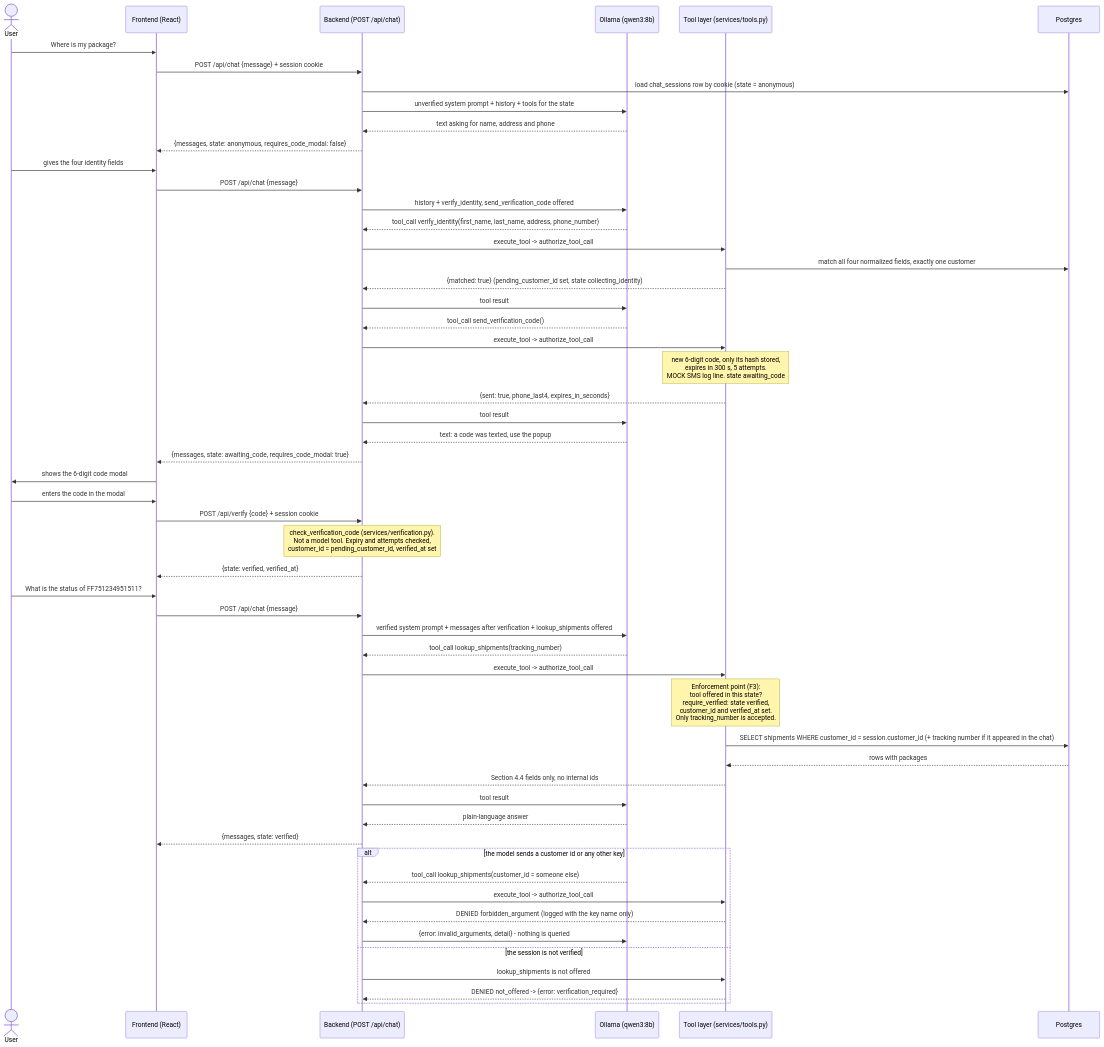
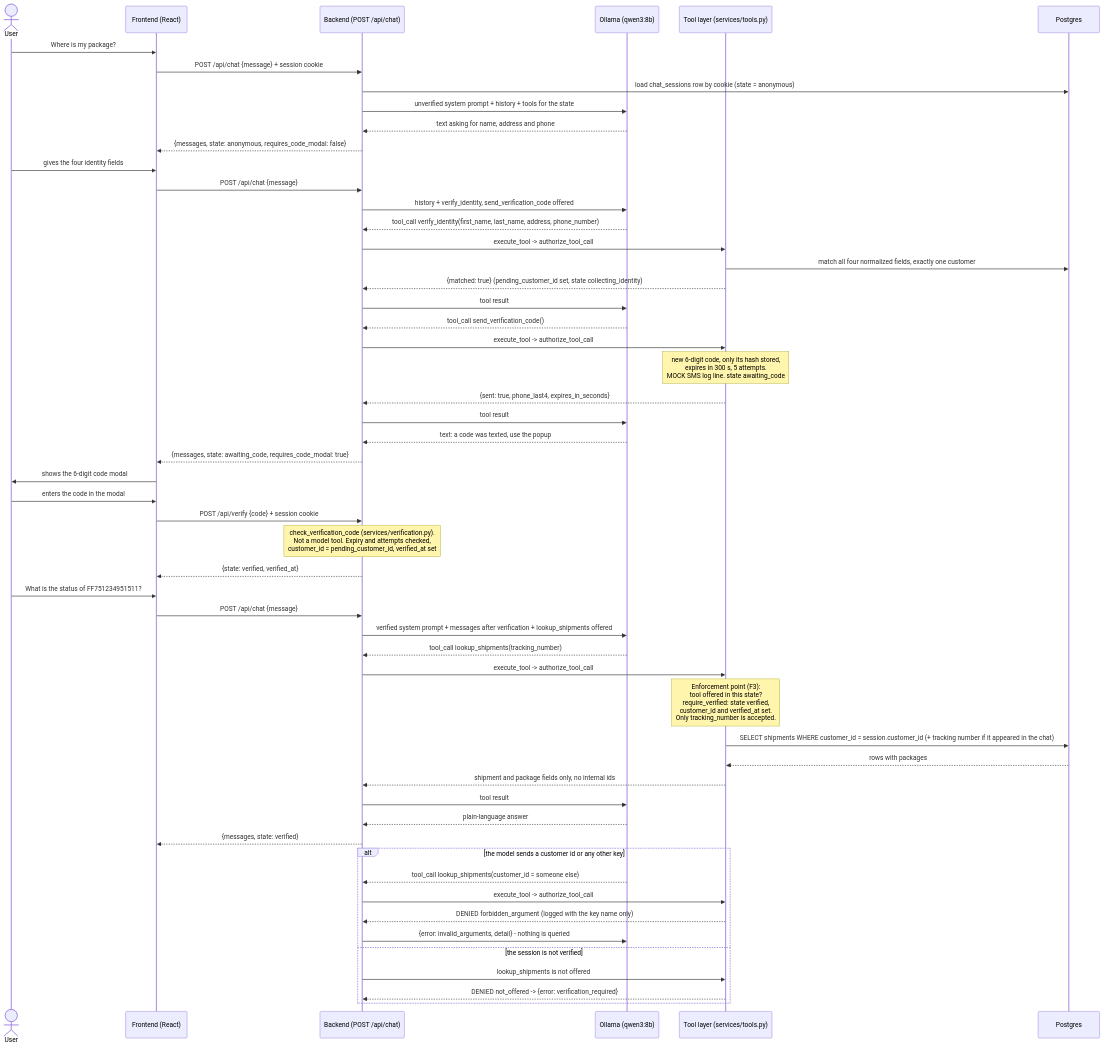
Before and after one commit to Vladimir86ns/secureship: the diagram in docs/diagrams/04-tool-calling-sequence-http.md, drawn with Mermaid. The commit also changed other lines of this file and 9 other files, not shown here.

````diff
--- a/docs/diagrams/04-tool-calling-sequence-http.md
+++ b/docs/diagrams/04-tool-calling-sequence-http.md
@@ -11,61 +11,61 @@
 ```mermaid
 sequenceDiagram
     actor User
     participant FE as Frontend (React)
     participant BE as Backend (POST /api/chat)
     participant LLM as Ollama (qwen3:8b)
     participant Tools as Tool layer (services/tools.py)
     participant DB as Postgres
 
     User->>FE: Where is my package?
     FE->>BE: POST /api/chat {message} + session cookie
     BE->>DB: load chat_sessions row by cookie (state = anonymous)
     BE->>LLM: unverified system prompt + history + tools for the state
     LLM-->>BE: text asking for name, address and phone
     BE-->>FE: {messages, state: anonymous, requires_code_modal: false}
 
     User->>FE: gives the four identity fields
     FE->>BE: POST /api/chat {message}
     BE->>LLM: history + verify_identity, send_verification_code offered
     LLM-->>BE: tool_call verify_identity(first_name, last_name, address, phone_number)
     BE->>Tools: execute_tool -> authorize_tool_call
     Tools->>DB: match all four normalized fields, exactly one customer
     Tools-->>BE: {matched: true} (pending_customer_id set, state collecting_identity)
     BE->>LLM: tool result
     LLM-->>BE: tool_call send_verification_code()
     BE->>Tools: execute_tool -> authorize_tool_call
     Note over Tools: new 6-digit code, only its hash stored,<br/>expires in 300 s, 5 attempts.<br/>MOCK SMS log line. state awaiting_code
     Tools-->>BE: {sent: true, phone_last4, expires_in_seconds}
     BE->>LLM: tool result
     LLM-->>BE: text: a code was texted, use the popup
     BE-->>FE: {messages, state: awaiting_code, requires_code_modal: true}
     FE->>User: shows the 6-digit code modal
 
     User->>FE: enters the code in the modal
     FE->>BE: POST /api/verify {code} + session cookie
     Note over BE: check_verification_code (services/verification.py).<br/>Not a model tool. Expiry and attempts checked,<br/>customer_id = pending_customer_id, verified_at set
     BE-->>FE: {state: verified, verified_at}
 
     User->>FE: What is the status of FF751234951511?
     FE->>BE: POST /api/chat {message}
     BE->>LLM: verified system prompt + messages after verification + lookup_shipments offered
     LLM-->>BE: tool_call lookup_shipments(tracking_number)
     BE->>Tools: execute_tool -> authorize_tool_call
     Note over Tools: Enforcement point (F3):<br/>tool offered in this state?<br/>require_verified: state verified,<br/>customer_id and verified_at set.<br/>Only tracking_number is accepted.
     Tools->>DB: SELECT shipments WHERE customer_id = session.customer_id (+ tracking number if it appeared in the chat)
     DB-->>Tools: rows with packages
-    Tools-->>BE: Section 4.4 fields only, no internal ids
+    Tools-->>BE: shipment and package fields only, no internal ids
     BE->>LLM: tool result
     LLM-->>BE: plain-language answer
     BE-->>FE: {messages, state: verified}
 
     alt the model sends a customer id or any other key
         LLM-->>BE: tool_call lookup_shipments(customer_id = someone else)
         BE->>Tools: execute_tool -> authorize_tool_call
         Tools-->>BE: DENIED forbidden_argument (logged with the key name only)
         BE->>LLM: {error: invalid_arguments, detail} - nothing is queried
     else the session is not verified
         BE->>Tools: lookup_shipments is not offered
         Tools-->>BE: DENIED not_offered -> {error: verification_required}
     end
 ```
````
